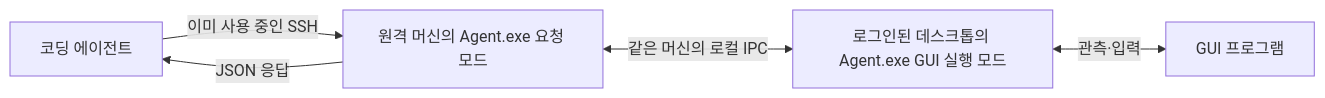
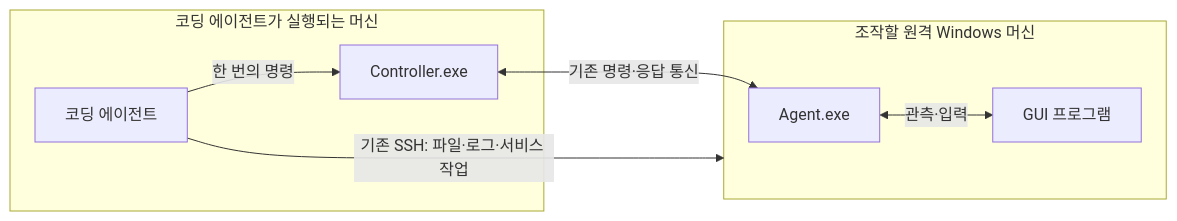
The diagram in docs/agent-driven-desktop-control.md (jacking75/DesktopTestDriver), drawn with Mermaid before and after one commit. The commit also changed other lines of this file and 4 other files, not shown here.

Commit message:
docs: align Controller and Agent roles, topology, and naming plan

````diff
--- a/docs/agent-driven-desktop-control.md
+++ b/docs/agent-driven-desktop-control.md
@@ -42,7 +91,11 @@
 ```mermaid
 flowchart LR
-    A[코딩 에이전트] -->|이미 사용 중인 SSH| C[원격 머신의 Agent.exe 요청 모드]
-    C <-->|같은 머신의 로컬 IPC| H[로그인된 데스크톱의 Agent.exe GUI 실행 모드]
-    H <-->|관측·입력| P[GUI 프로그램]
-    C -->|JSON 응답| A
+    subgraph L[코딩 에이전트가 실행되는 머신]
+        A[코딩 에이전트] -->|한 번의 명령| C[Controller.exe]
+    end
+    subgraph R[조작할 원격 Windows 머신]
+        G[Agent.exe] <-->|관측·입력| P[GUI 프로그램]
+    end
+    C <-->|기존 명령·응답 통신| G
+    A -->|기존 SSH: 파일·로그·서비스 작업| R
 ```
````
